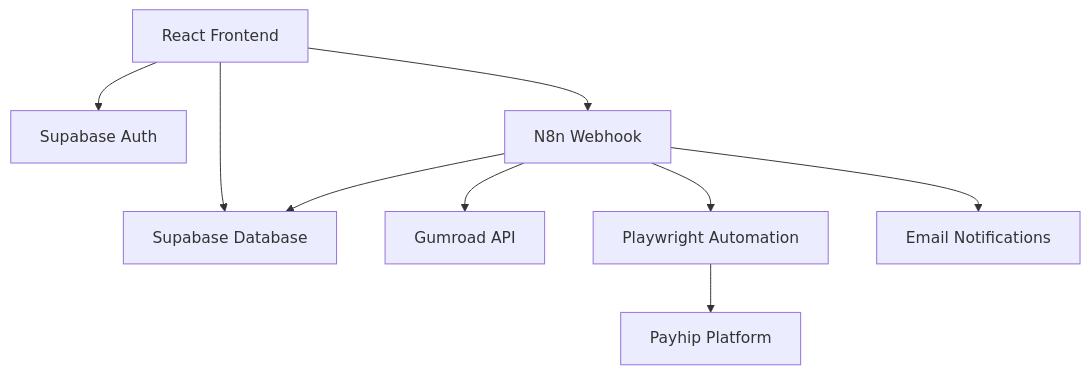
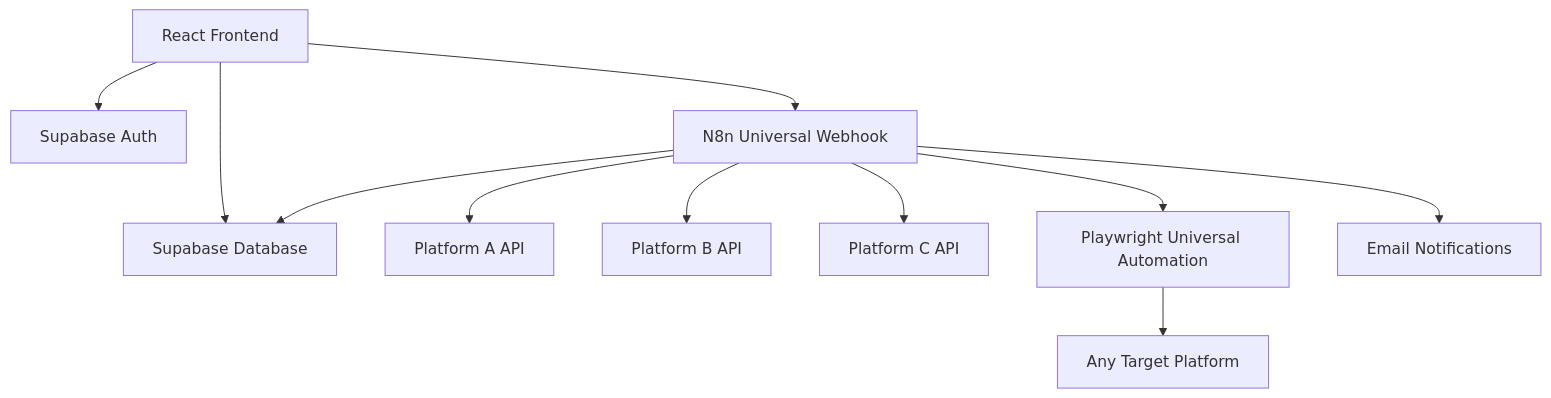
Before and after one commit to SumanthChary/portify-original: the diagram in README.md, drawn with Mermaid. The commit also changed other lines of this file and 2 other files, not shown here.

First line of the commit message:
Refactor: Generalize platform migration description

````diff
--- a/README.md
+++ b/README.md
@@ -82,11 +84,13 @@
 ```mermaid
 graph TB
     A[React Frontend] --> B[Supabase Auth]
     A --> C[Supabase Database]
-    A --> D[N8n Webhook]
-    D --> E[Gumroad API]
-    D --> F[Playwright Automation]
-    F --> G[Payhip Platform]
-    D --> H[Email Notifications]
+    A --> D[N8n Universal Webhook]
+    D --> E[Platform A API]
+    D --> F[Platform B API]
+    D --> G[Platform C API]
+    D --> H[Playwright Universal Automation]
+    H --> I[Any Target Platform]
+    D --> J[Email Notifications]
     D --> C
 ```
````
